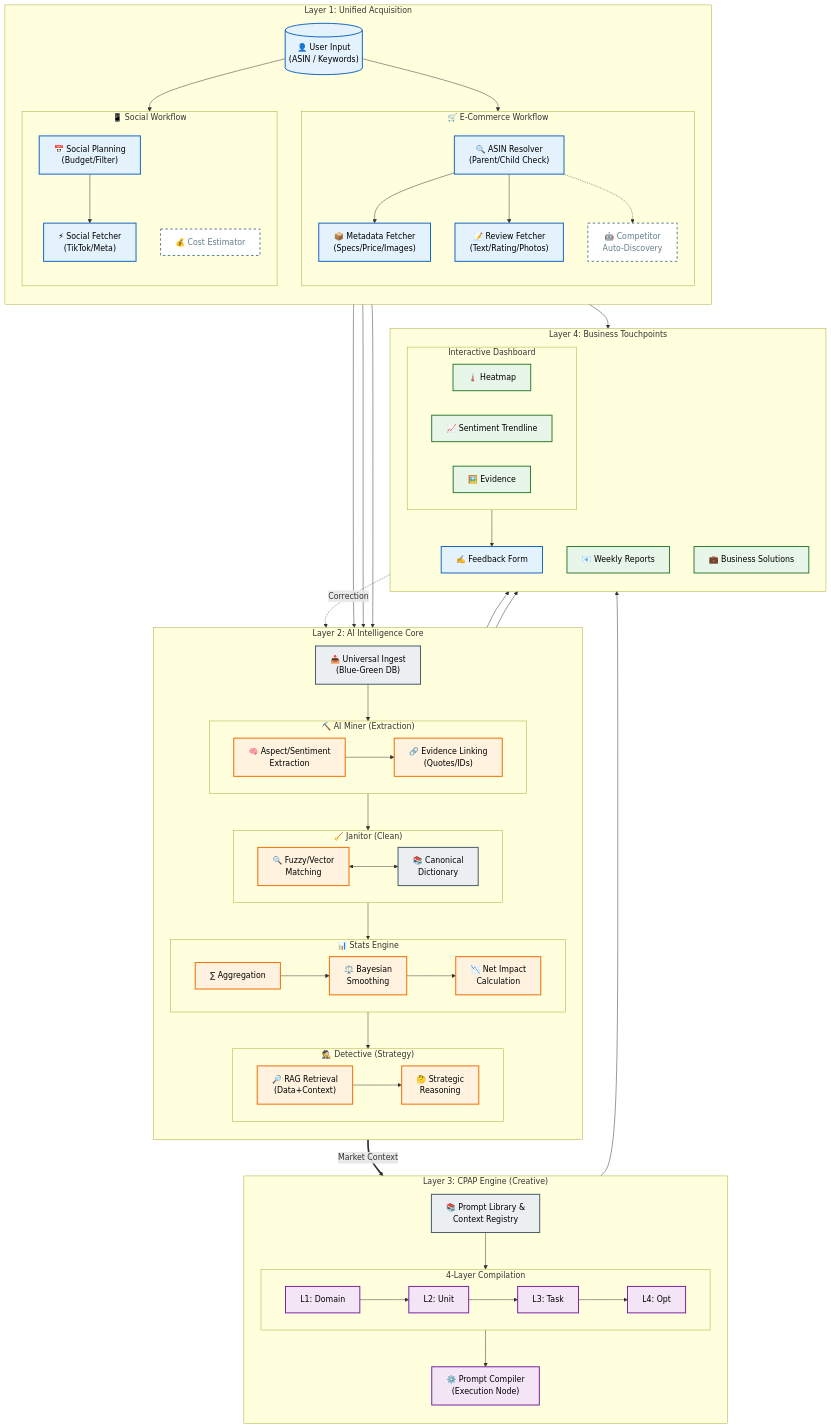
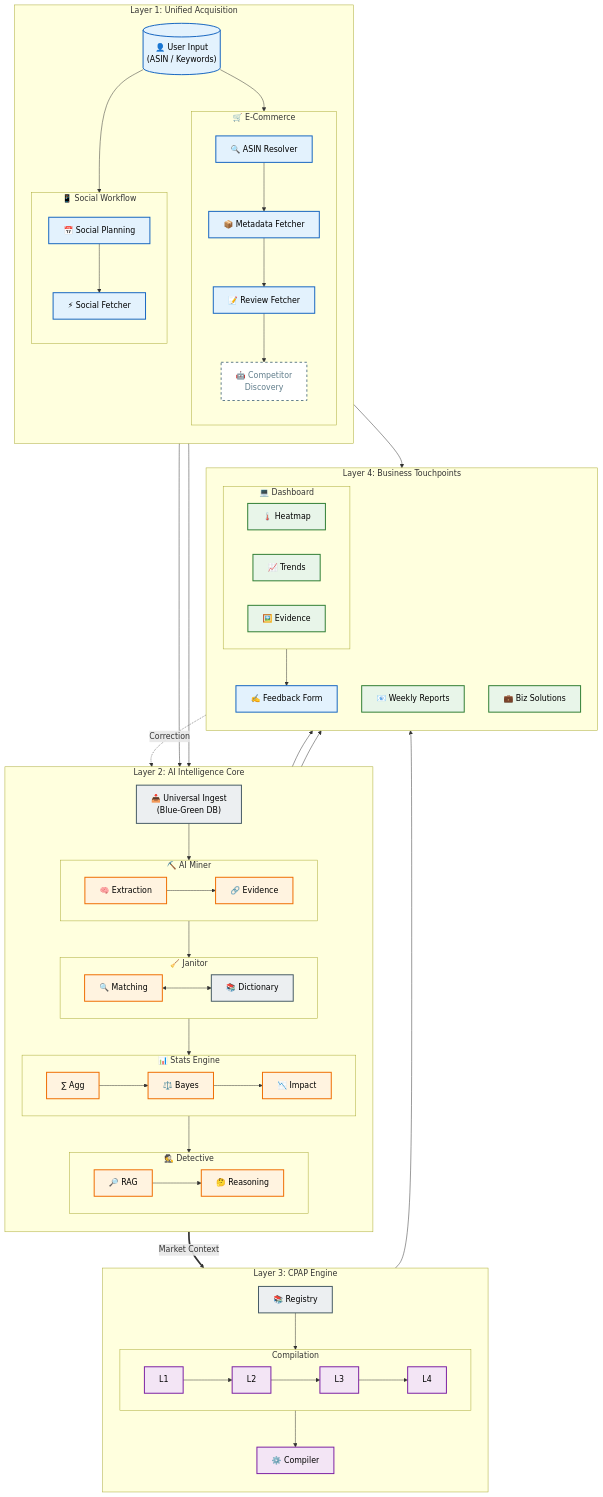
One commit to Daniel-LeTC/AI_market_intel_platform changed the second of 5 diagrams in docs/ECOSYSTEM_NODES_MAP.md. Above: the diagram before and after it, drawn with Mermaid.

Commit message:
docs: optimize Mermaid geometry for better readability and portrait orientation

````diff
--- a/docs/ECOSYSTEM_NODES_MAP.md
+++ b/docs/ECOSYSTEM_NODES_MAP.md
@@ -72,24 +72,23 @@
     classDef output fill:#e8f5e9,stroke:#2e7d32,stroke-width:2px,color:#000;
     classDef future fill:#ffffff,stroke:#607d8b,stroke-width:2px,color:#607d8b,stroke-dasharray: 5 5;
 
-    %% --- LAYER 1: ACQUISITION ---
+    %% --- LAYER 1: ACQUISITION (VERTICAL COMPACT) ---
     subgraph ACQ ["Layer 1: Unified Acquisition"]
         direction TB
         Input_User[("👤 User Input<br/>(ASIN / Keywords)")]:::flow
         
-        subgraph ECOM_FLOW ["🛒 E-Commerce Workflow"]
+        subgraph ECOM_FLOW ["🛒 E-Commerce"]
             direction TB
-            Node_Resolver["🔍 ASIN Resolver<br/>(Parent/Child Check)"]:::flow
-            Node_Fetcher_Meta["📦 Metadata Fetcher<br/>(Specs/Price/Images)"]:::flow
-            Node_Fetcher_Review["📝 Review Fetcher<br/>(Text/Rating/Photos)"]:::flow
-            Node_Competitor_Auto["🤖 Competitor<br/>Auto-Discovery"]:::future
+            Node_Resolver["🔍 ASIN Resolver"]:::flow
+            Node_Fetcher_Meta["📦 Metadata Fetcher"]:::flow
+            Node_Fetcher_Review["📝 Review Fetcher"]:::flow
+            Node_Competitor_Auto["🤖 Competitor<br/>Discovery"]:::future
         end
         
         subgraph SOCIAL_FLOW ["📱 Social Workflow"]
             direction TB
-            Node_Social_Plan["📅 Social Planning<br/>(Budget/Filter)"]:::flow
-            Node_Social_Fetch["⚡ Social Fetcher<br/>(TikTok/Meta)"]:::flow
-            Node_Social_Pricing["💰 Cost Estimator"]:::future
+            Node_Social_Plan["📅 Social Planning"]:::flow
+            Node_Social_Fetch["⚡ Social Fetcher"]:::flow
         end
     end
 
@@ -98,72 +97,66 @@
         direction TB
         Node_Ingest["📥 Universal Ingest<br/>(Blue-Green DB)"]:::storage
 
-        subgraph MINER_LOGIC ["⛏️ AI Miner (Extraction)"]
+        subgraph MINER_LOGIC ["⛏️ AI Miner"]
             direction LR
-            Node_Miner_Extract["🧠 Aspect/Sentiment<br/>Extraction"]:::ai
-            Node_Miner_Evidence["🔗 Evidence Linking<br/>(Quotes/IDs)"]:::ai
+            Node_Miner_Extract["🧠 Extraction"]:::ai
+            Node_Miner_Evidence["🔗 Evidence"]:::ai
         end
 
-        subgraph JANITOR_LOGIC ["🧹 Janitor (Clean)"]
+        subgraph JANITOR_LOGIC ["🧹 Janitor"]
             direction LR
-            Node_Janitor_Match["🔍 Fuzzy/Vector<br/>Matching"]:::ai
-            Node_Janitor_Dict["📚 Canonical<br/>Dictionary"]:::storage
+            Node_Janitor_Match["🔍 Matching"]:::ai
+            Node_Janitor_Dict["📚 Dictionary"]:::storage
         end
 
         subgraph STATS_LOGIC ["📊 Stats Engine"]
             direction LR
-            Node_Stats_Agg["∑ Aggregation"]:::ai
-            Node_Stats_Weight["⚖️ Bayesian<br/>Smoothing"]:::ai
-            Node_Stats_Impact["📉 Net Impact<br/>Calculation"]:::ai
+            Node_Stats_Agg["∑ Agg"]:::ai
+            Node_Stats_Weight["⚖️ Bayes"]:::ai
+            Node_Stats_Impact["📉 Impact"]:::ai
         end
 
-        subgraph DETECTIVE_LOGIC ["🕵️ Detective (Strategy)"]
+        subgraph DETECTIVE_LOGIC ["🕵️ Detective"]
             direction LR
-            Node_RAG["🔎 RAG Retrieval<br/>(Data+Context)"]:::ai
-            Node_Reasoning["🤔 Strategic<br/>Reasoning"]:::ai
+            Node_RAG["🔎 RAG"]:::ai
+            Node_Reasoning["🤔 Reasoning"]:::ai
         end
     end
 
     %% --- LAYER 3: CPAP ---
-    subgraph CPAP ["Layer 3: CPAP Engine (Creative)"]
+    subgraph CPAP ["Layer 3: CPAP Engine"]
         direction TB
-        Node_Library["📚 Prompt Library &<br/>Context Registry"]:::storage
-        
-        subgraph LAYERS ["4-Layer Compilation"]
+        Node_Library["📚 Registry"]:::storage
+        subgraph LAYERS ["Compilation"]
             direction LR
-            L1["L1: Domain"]:::creative
-            L2["L2: Unit"]:::creative
-            L3["L3: Task"]:::creative
-            L4["L4: Opt"]:::creative
+            L1["L1"]:::creative --> L2["L2"]:::creative --> L3["L3"]:::creative --> L4["L4"]:::creative
         end
-        
-        Node_Compiler["⚙️ Prompt Compiler<br/>(Execution Node)"]:::creative
+        Node_Compiler["⚙️ Compiler"]:::creative
     end
 
-    %% --- LAYER 4: OUTPUT ---
+    %% --- LAYER 4: OUTPUT (PORTRAIT STACK) ---
     subgraph OUT ["Layer 4: Business Touchpoints"]
         direction TB
-        subgraph DASHBOARD ["Interactive Dashboard"]
+        subgraph DASHBOARD ["💻 Dashboard"]
             direction LR
             UI_Heatmap["🌡️ Heatmap"]:::output
-            UI_Trend["📈 Sentiment Trendline"]:::output
+            UI_Trend["📈 Trends"]:::output
             UI_Gallery["🖼️ Evidence"]:::output
         end
         UI_Mail["📧 Weekly Reports"]:::output
-        UI_Biz_Sol["💼 Business Solutions"]:::output
+        UI_Biz_Sol["💼 Biz Solutions"]:::output
         Node_Feedback["✍️ Feedback Form"]:::flow
     end
 
-    %% --- CONNECTIONS (Logical Flow) ---
+    %% --- CONNECTIONS ---
     Input_User --> Node_Resolver
     Node_Resolver --> Node_Fetcher_Meta
-    Node_Resolver --> Node_Fetcher_Review
+    Node_Fetcher_Meta --> Node_Fetcher_Review
+    Node_Fetcher_Review --> Node_Competitor_Auto
+    
     Input_User --> Node_Social_Plan
     Node_Social_Plan --> Node_Social_Fetch
     
-    Node_Resolver -.-> Node_Competitor_Auto
-    
-    Node_Fetcher_Meta --> Node_Ingest
     Node_Fetcher_Review --> Node_Ingest
     Node_Social_Fetch --> Node_Ingest
     
@@ -182,17 +175,12 @@
     Node_Reasoning --> UI_Mail
     Node_Fetcher_Review --> UI_Gallery
     
-    %% THE BRIDGE
     Node_Reasoning ==>|Market Context| Node_Compiler
     
     Node_Library --> L1
-    L1 --> L2
-    L2 --> L3
-    L3 --> L4
     L4 --> Node_Compiler
     Node_Compiler --> UI_Biz_Sol
 
-    %% FEEDBACK LOOP
     UI_Heatmap --> Node_Feedback
     Node_Feedback -.->|Correction| Node_Janitor_Dict
 ```
````
